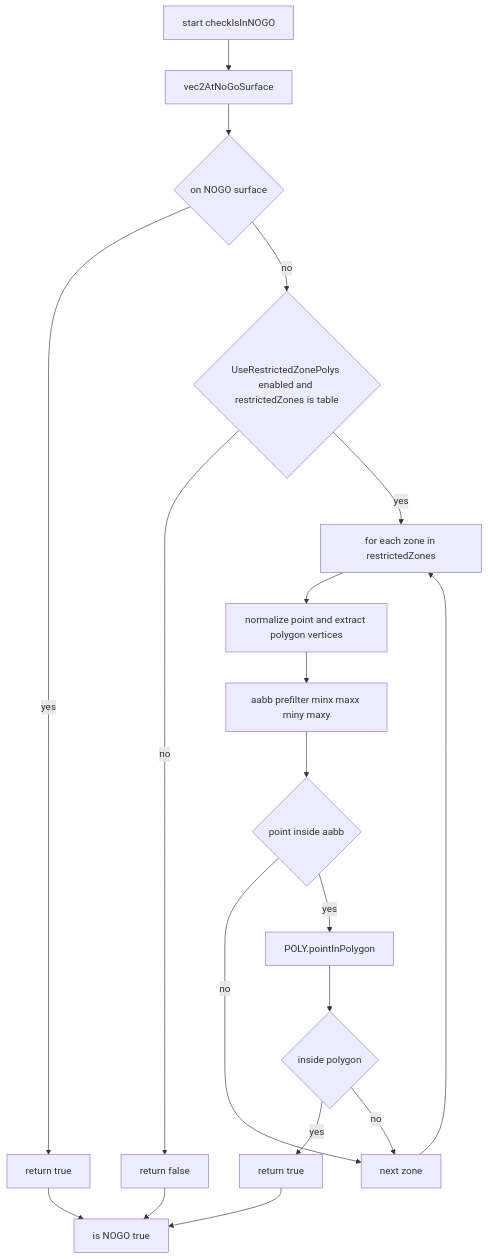
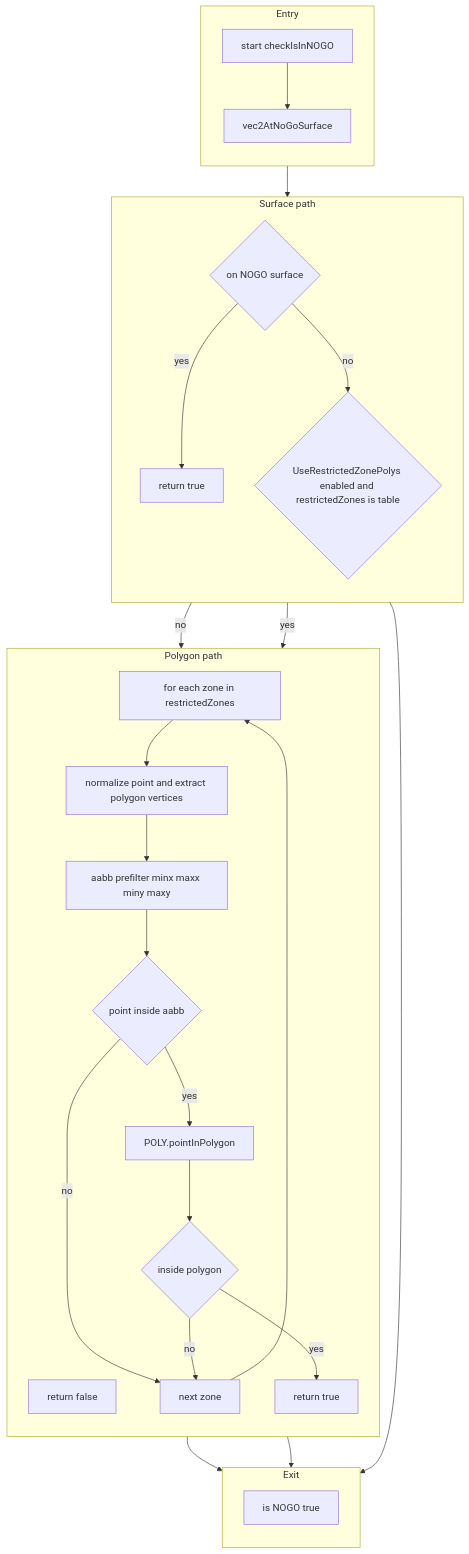
The first of 3 diagrams in docs/spawner/nogo.md (Gh0st352/AETHR), drawn with Mermaid before and after one commit. The commit also changed other lines of this file and 9 other files, not shown here.

First line of the commit message:
docs(spawner, mermaid): restructure diagrams and clarify headings

````diff
--- a/docs/spawner/nogo.md
+++ b/docs/spawner/nogo.md
@@ -17,21 +17,42 @@
 ```mermaid
+%% shared theme: docs/_mermaid/theme.json %%
 flowchart TB
-  S[start checkIsInNOGO] --> S1[vec2AtNoGoSurface]
-  S1 --> C0{on NOGO surface}
-  C0 -- yes --> RT1[return true]
-  C0 -- no --> P0{UseRestrictedZonePolys enabled and restrictedZones is table}
-  P0 -- no --> RT0[return false]
-  P0 -- yes --> L0[for each zone in restrictedZones]
-  L0 --> N1[normalize point and extract polygon vertices]
-  N1 --> AABB[aabb prefilter minx maxx miny maxy]
-  AABB --> C1{point inside aabb}
-  C1 -- no --> NEXT[next zone]
-  C1 -- yes --> PIP[POLY.pointInPolygon]
-  PIP --> C2{inside polygon}
-  C2 -- yes --> RT2[return true]
-  C2 -- no --> NEXT
-  NEXT --> L0
-  RT2 --> END[is NOGO true]
-  RT1 --> END
-  RT0 --> END
+  subgraph "Entry"
+    direction TB
+    S[start checkIsInNOGO] --> S1[vec2AtNoGoSurface]
+  end
+
+  subgraph "Surface path"
+    direction TB
+    S1 --> C0{on NOGO surface}
+    C0 -- "yes" --> RT1[return true]
+    C0 -- "no" --> P0{UseRestrictedZonePolys enabled and restrictedZones is table}
+  end
+
+  subgraph "Polygon path"
+    direction TB
+    P0 -- "no" --> RT0[return false]
+    P0 -- "yes" --> L0[for each zone in restrictedZones]
+    L0 --> N1[normalize point and extract polygon vertices]
+    N1 --> AABB[aabb prefilter minx maxx miny maxy]
+    AABB --> C1{point inside aabb}
+    C1 -- "no" --> NEXT[next zone]
+    C1 -- "yes" --> PIP[POLY.pointInPolygon]
+    PIP --> C2{inside polygon}
+    C2 -- "yes" --> RT2[return true]
+    C2 -- "no" --> NEXT
+    NEXT --> L0
+  end
+
+  subgraph "Exit"
+    direction TB
+    RT2 --> END[is NOGO true]
+    RT1 --> END
+    RT0 --> END
+  end
+
+  class S class_io;
+  class S1,N1,AABB,L0,NEXT class_step;
+  class C0,C1,C2,P0 class_decision;
+  class RT1,RT0,RT2,END class_result;
 ```
````
